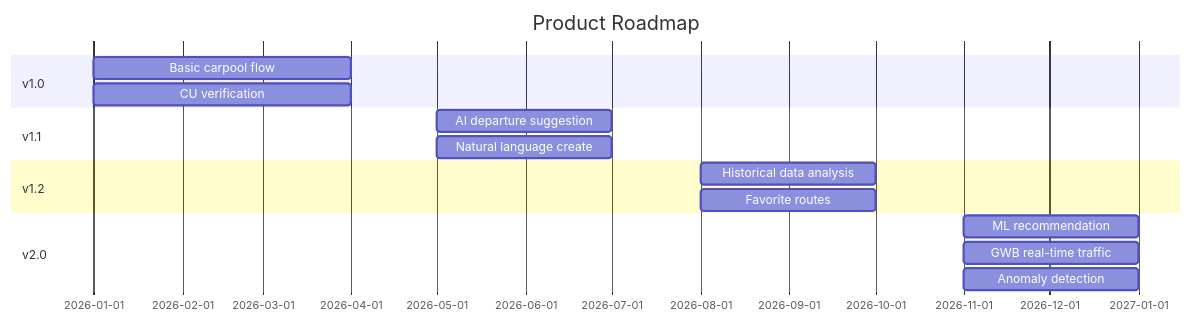
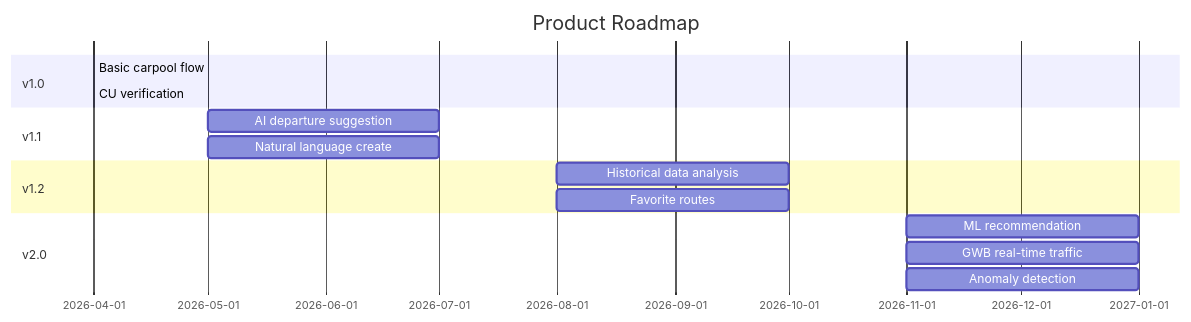
One commit to KaichenCurry/columbia-carpool-miniapp changed the third of 3 diagrams in README_en.md. Above: the diagram before and after it, drawn with Mermaid. The commit also changed 1 other file, not shown here.

Commit message:
Fix roadmap: Start from April 2026 (v1.0)

````diff
--- a/README_en.md
+++ b/README_en.md
@@ -243,21 +243,21 @@
 ```mermaid
 gantt
     title Product Roadmap
     dateFormat  YYYY-MM
     section v1.0
-    Basic carpool flow       :2026-01, 2026-04
-    CU verification          :2026-01, 2026-04
+    Basic carpool flow       :2026-04, 2026-04
+    CU verification          :2026-04, 2026-04
 
     section v1.1
     AI departure suggestion   :2026-05, 2026-07
     Natural language create  :2026-05, 2026-07
 
     section v1.2
     Historical data analysis :2026-08, 2026-10
     Favorite routes          :2026-08, 2026-10
 
     section v2.0
     ML recommendation       :2026-11, 2027-01
     GWB real-time traffic  :2026-11, 2027-01
     Anomaly detection       :2026-11, 2027-01
 ```
````
